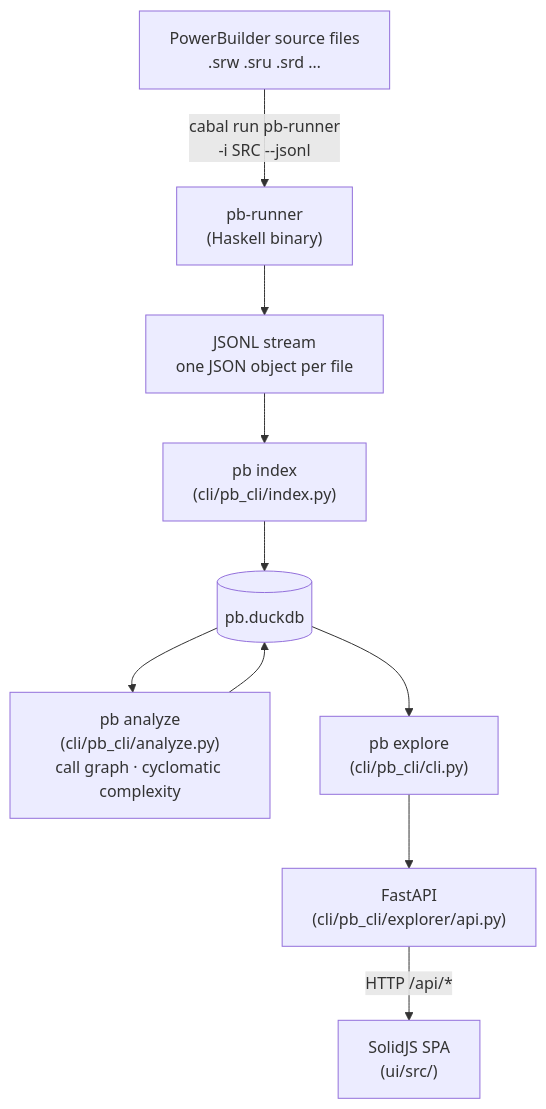
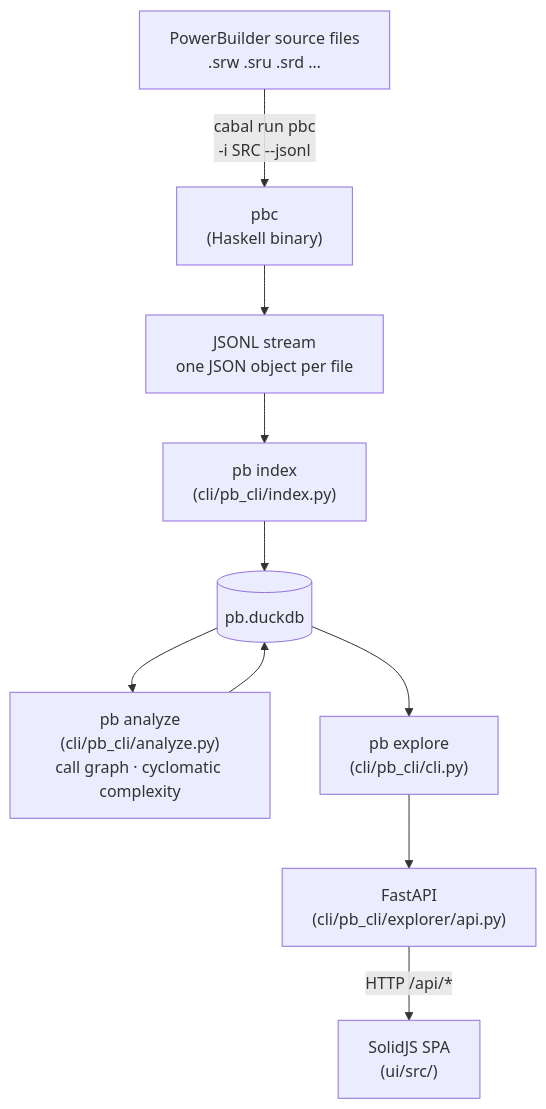
The first of 3 diagrams in doc/architecture.md (thomasmarsh/pb), drawn with Mermaid before and after one commit. The commit also changed other lines of this file and 80 other files, not shown here.

First line of the commit message:
refactor(haskell): rename parser/ to compiler/, pb-ast to pb-compiler, pb-runner to pbc (plan 118 - H3)

````diff
--- a/doc/architecture.md
+++ b/doc/architecture.md
@@ -88,22 +88,22 @@
 ```mermaid
 flowchart TD
     SRC["PowerBuilder source files\n.srw .sru .srd …"]
-    RUNNER["pb-runner\n(Haskell binary)"]
+    RUNNER["pbc\n(Haskell binary)"]
     JSONL["JSONL stream\none JSON object per file"]
     INDEX["pb index\n(cli/pb_cli/index.py)"]
     DB[("pb.duckdb")]
     ANALYZE["pb analyze\n(cli/pb_cli/analyze.py)\ncall graph · cyclomatic complexity"]
     EXPLORE["pb explore\n(cli/pb_cli/cli.py)"]
     API["FastAPI\n(cli/pb_cli/explorer/api.py)"]
     SPA["SolidJS SPA\n(ui/src/)"]
 
-    SRC -->|"cabal run pb-runner\n-i SRC --jsonl"| RUNNER
+    SRC -->|"cabal run pbc\n-i SRC --jsonl"| RUNNER
     RUNNER --> JSONL
     JSONL --> INDEX
     INDEX --> DB
     DB --> ANALYZE
     ANALYZE --> DB
     DB --> EXPLORE
     EXPLORE --> API
     API -->|"HTTP /api/*"| SPA
 ```
````
